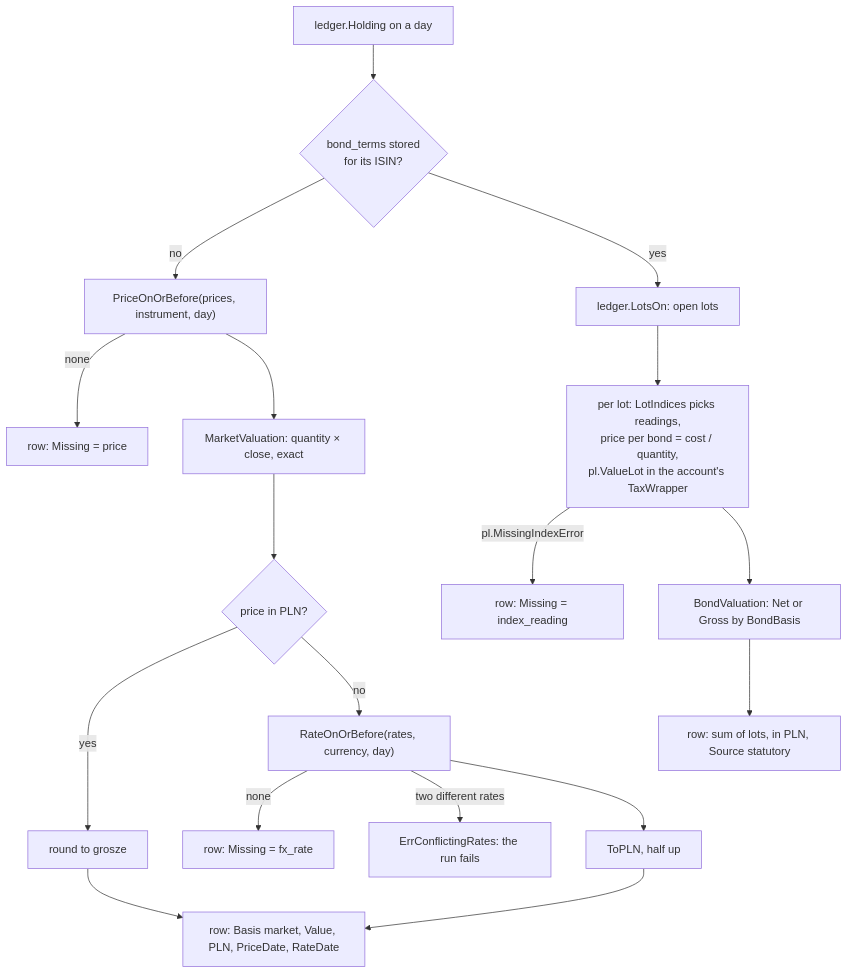
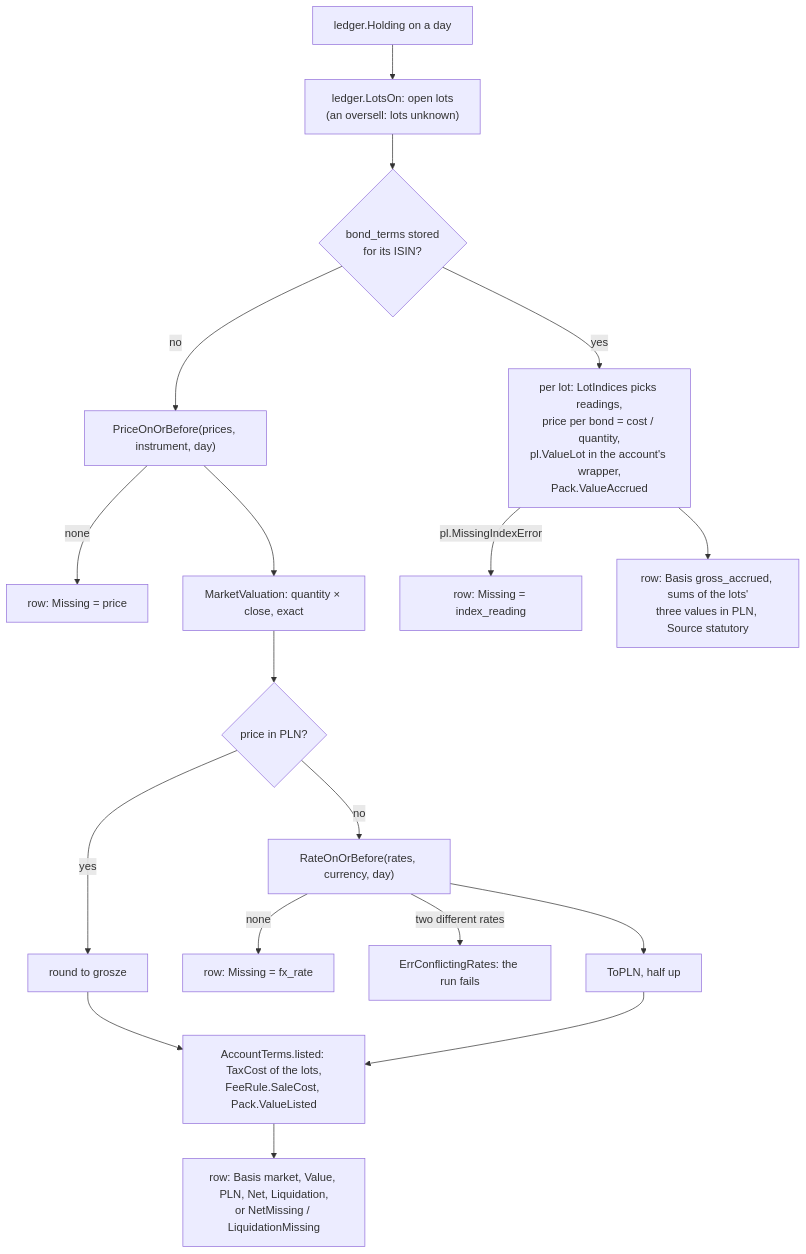
One commit to arkadiuss/openfief changed the first of 7 diagrams in docs/concepts/valuation.md. Above: the diagram before and after it, drawn with Mermaid. The commit also changed other lines of this file and 273 other files, not shown here.

````diff
--- a/docs/concepts/valuation.md
+++ b/docs/concepts/valuation.md
@@ -72,20 +88,20 @@
 ```mermaid
 flowchart TD
-  h["ledger.Holding on a day"] --> bond{"bond_terms stored<br/>for its ISIN?"}
+  h["ledger.Holding on a day"] --> lots["ledger.LotsOn: open lots<br/>(an oversell: lots unknown)"]
+  lots --> bond{"bond_terms stored<br/>for its ISIN?"}
   bond -- no --> po["PriceOnOrBefore(prices, instrument, day)"]
   po -- "none" --> mp["row: Missing = price"]
   po --> mv["MarketValuation: quantity × close, exact"]
   mv --> isPLN{"price in PLN?"}
   isPLN -- yes --> rnd["round to grosze"]
   isPLN -- no --> rate["RateOnOrBefore(rates, currency, day)"]
   rate -- "none" --> mf["row: Missing = fx_rate"]
   rate -- "two different rates" --> err["ErrConflictingRates: the run fails"]
   rate --> topln["ToPLN, half up"]
-  rnd --> mrow["row: Basis market, Value, PLN, PriceDate, RateDate"]
-  topln --> mrow
-  bond -- yes --> lots["ledger.LotsOn: open lots"]
-  lots --> each["per lot: LotIndices picks readings,<br/>price per bond = cost / quantity,<br/>pl.ValueLot in the account's TaxWrapper"]
+  rnd --> terms
+  topln --> terms["AccountTerms.listed: TaxCost of the lots,<br/>FeeRule.SaleCost, Pack.ValueListed"]
+  terms --> mrow["row: Basis market, Value, PLN, Net, Liquidation,<br/>or NetMissing / LiquidationMissing"]
+  bond -- yes --> each["per lot: LotIndices picks readings,<br/>price per bond = cost / quantity,<br/>pl.ValueLot in the account's wrapper,<br/>Pack.ValueAccrued"]
   each -- "pl.MissingIndexError" --> mi["row: Missing = index_reading"]
-  each --> bv["BondValuation: Net or Gross by BondBasis"]
-  bv --> brow["row: sum of lots, in PLN, Source statutory"]
+  each --> brow["row: Basis gross_accrued, sums of the lots'<br/>three values in PLN, Source statutory"]
 ```
````
